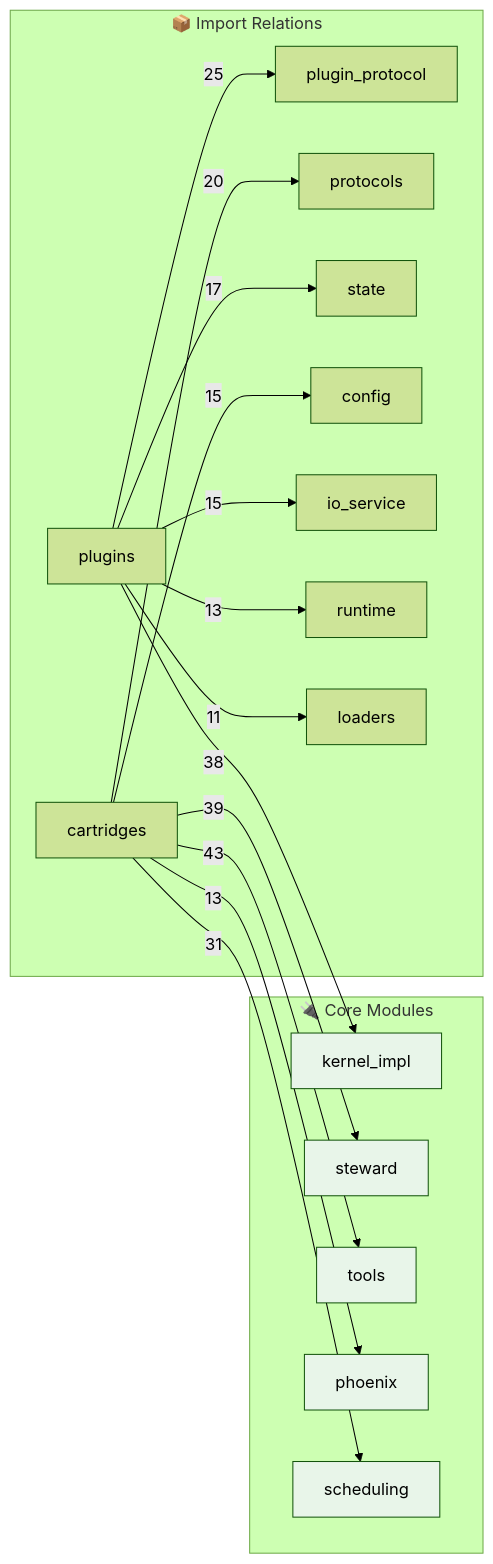
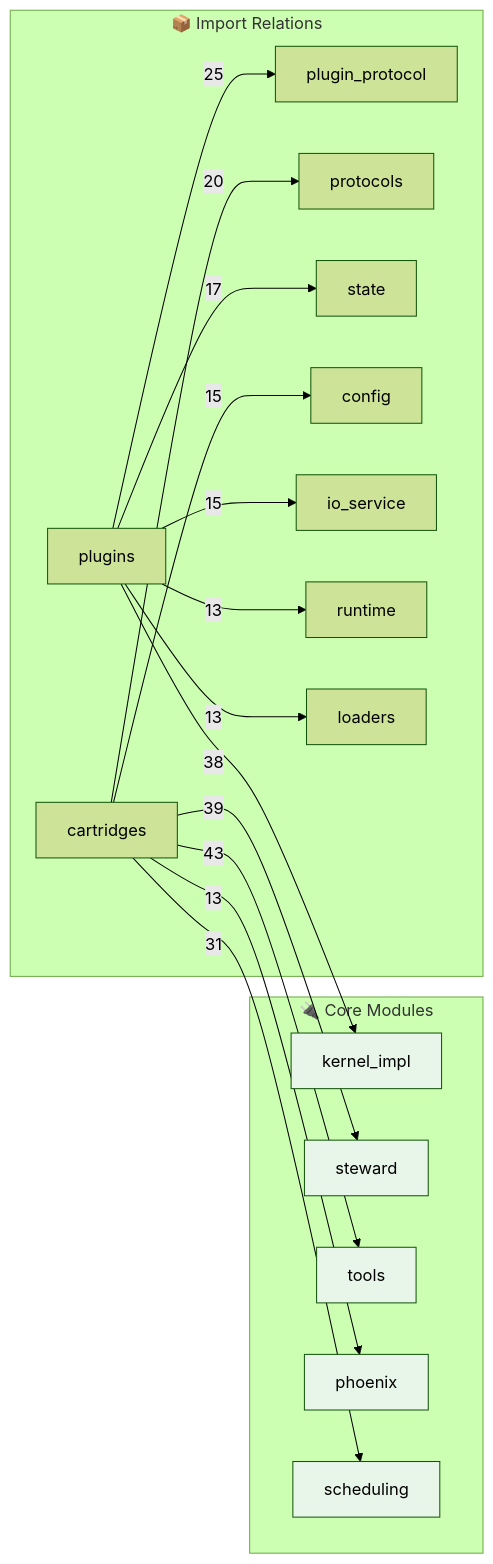
Before and after one commit to kimeisele/steward-protocol: the second of 2 diagrams in OPUS.md, drawn with Mermaid (forest theme). The commit also changed other lines of this file and 14 other files, not shown here.

````diff
--- a/OPUS.md
+++ b/OPUS.md
@@ -525,31 +525,31 @@
 ```mermaid
 flowchart LR
     subgraph Core["🔌 Core Modules"]
         kernel_impl[kernel_impl]
         steward[steward]
         tools[tools]
         phoenix[phoenix]
         scheduling[scheduling]
     end
 
     subgraph Edges["📦 Import Relations"]
         cartridges -->|43| tools
         cartridges -->|39| steward
         plugins -->|38| kernel_impl
         cartridges -->|31| scheduling
         plugins -->|25| plugin_protocol
         cartridges -->|20| protocols
         plugins -->|17| state
         cartridges -->|15| config
         plugins -->|15| io_service
         cartridges -->|13| phoenix
         plugins -->|13| runtime
-        plugins -->|11| loaders
+        plugins -->|13| loaders
     end
 
     style kernel_impl fill:#e8f5e9
     style steward fill:#e8f5e9
     style tools fill:#e8f5e9
     style phoenix fill:#e8f5e9
     style scheduling fill:#e8f5e9
 ```
````
